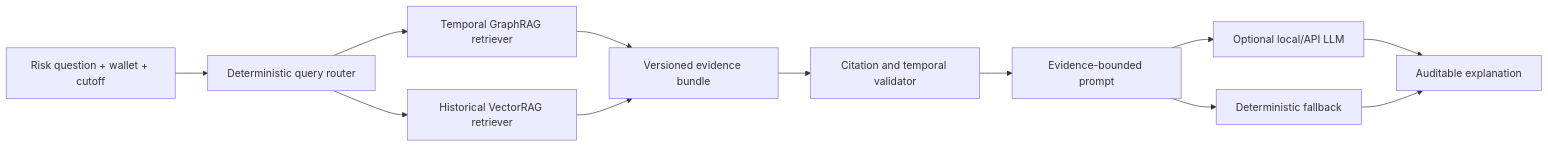
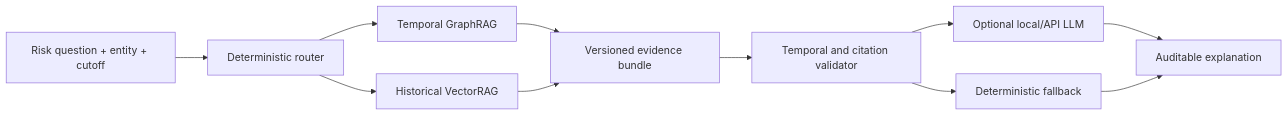
One commit to lianjiaqi323-del/Hybrid-GraphRAG-Temporal-Graph-Risk-Intelligence changed the diagram in README.md. Above: the diagram before and after it, drawn with Mermaid. The commit also changed other lines of this file, not shown here.

````diff
--- a/README.md
+++ b/README.md
@@ -51,14 +19,13 @@
 ```mermaid
 flowchart LR
-    Q["Risk question + wallet + cutoff"] --> R["Deterministic query router"]
-    R --> G["Temporal GraphRAG retriever"]
-    R --> V["Historical VectorRAG retriever"]
+    Q["Risk question + entity + cutoff"] --> R["Deterministic router"]
+    R --> G["Temporal GraphRAG"]
+    R --> V["Historical VectorRAG"]
     G --> E["Versioned evidence bundle"]
     V --> E
-    E --> C["Citation and temporal validator"]
-    C --> P["Evidence-bounded prompt"]
-    P --> L["Optional local/API LLM"]
-    P --> D["Deterministic fallback"]
+    E --> C["Temporal and citation validator"]
+    C --> L["Optional local/API LLM"]
+    C --> D["Deterministic fallback"]
     L --> A["Auditable explanation"]
     D --> A
 ```
````
